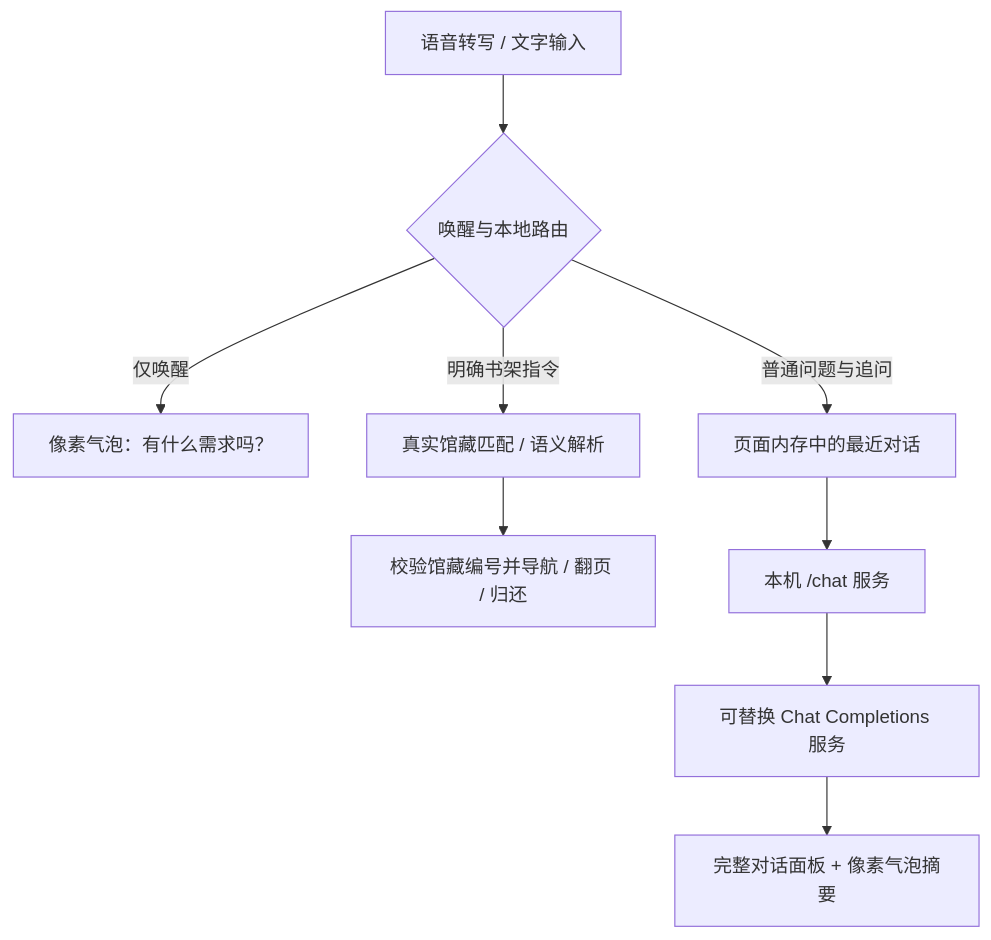
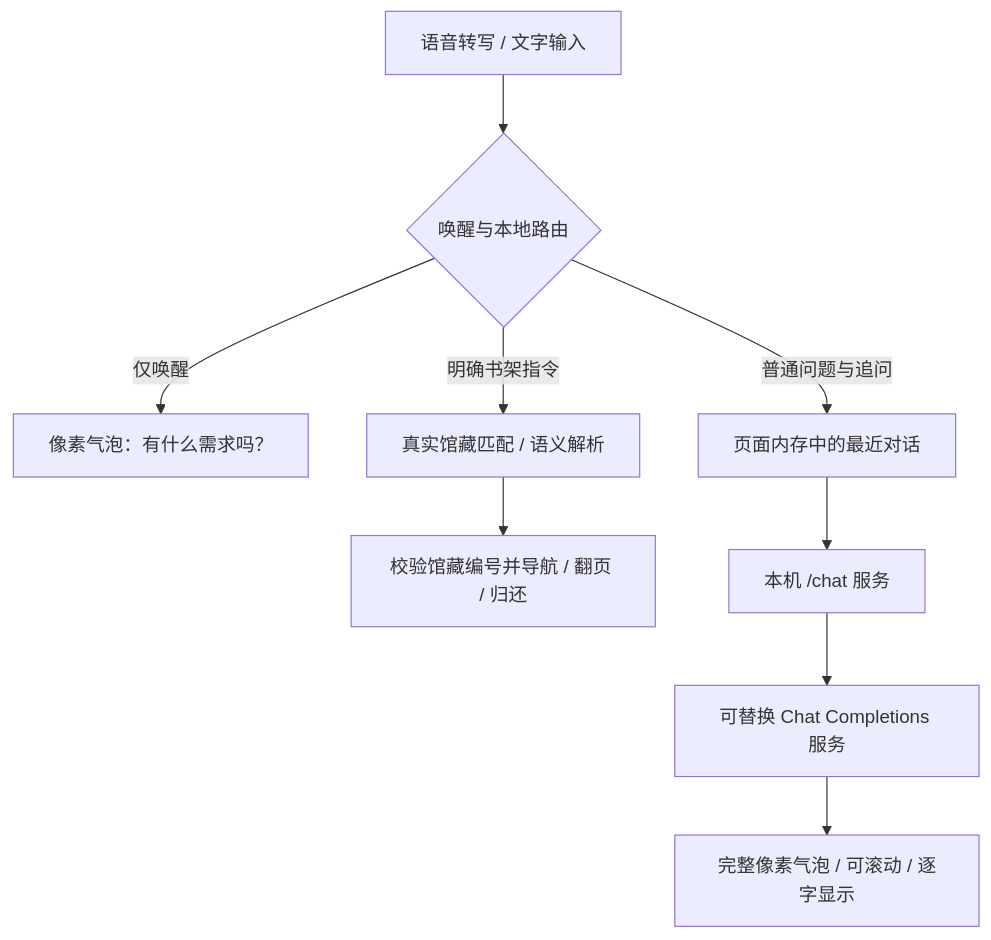
Before and after one commit to Amyias/hexu-virtual-library: the diagram in docs/LLM_BRAIN.md, drawn with Mermaid. The commit also changed other lines of this file and 13 other files, not shown here.

````diff
--- a/docs/LLM_BRAIN.md
+++ b/docs/LLM_BRAIN.md
@@ -32,11 +32,11 @@
 ```mermaid
 flowchart TD
   A[语音转写 / 文字输入] --> B{唤醒与本地路由}
   B -->|仅唤醒| C[像素气泡：有什么需求吗？]
   B -->|明确书架指令| D[真实馆藏匹配 / 语义解析]
   D --> E[校验馆藏编号并导航 / 翻页 / 归还]
   B -->|普通问题与追问| F[页面内存中的最近对话]
   F --> G[本机 /chat 服务]
   G --> H[可替换 Chat Completions 服务]
-  H --> I[完整对话面板 + 像素气泡摘要]
+  H --> I[完整像素气泡 / 可滚动 / 逐字显示]
 ```
````
